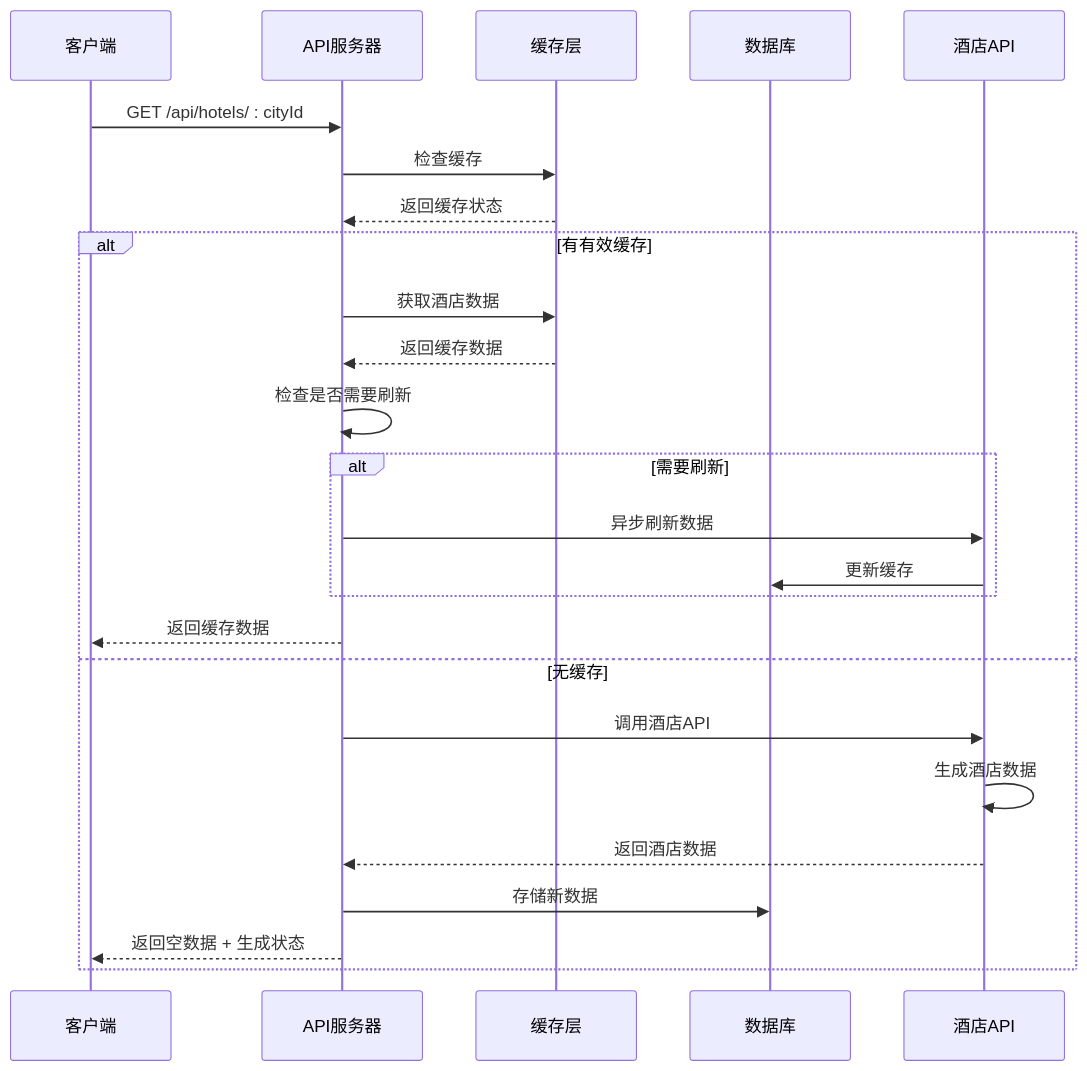
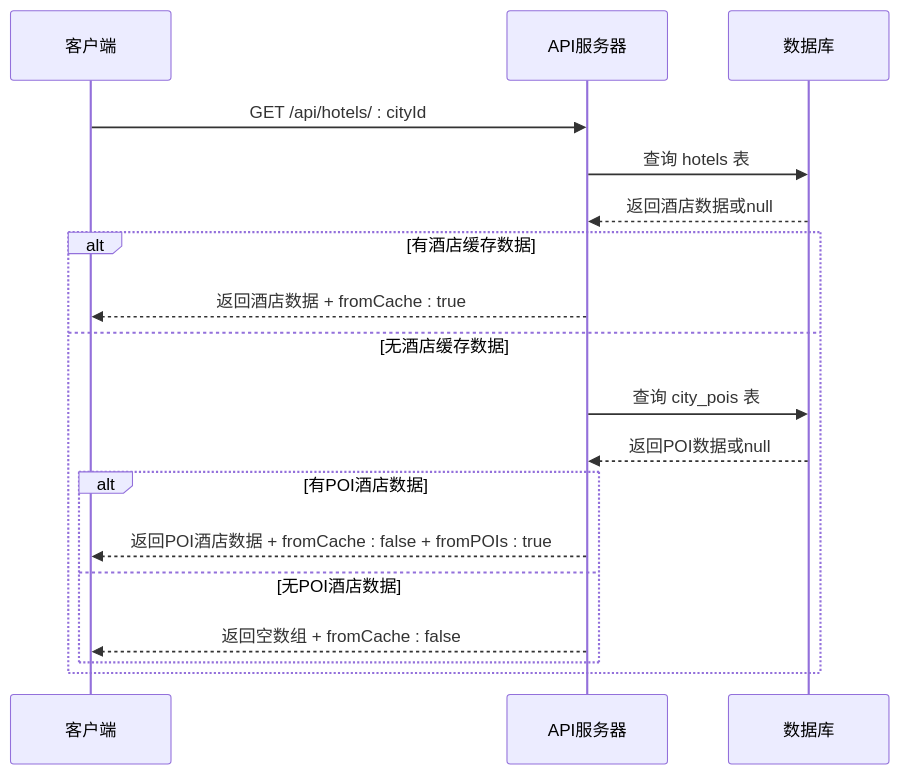
The second of 5 diagrams in .qoder/repowiki/zh/content/后端API架构/API端点设计/酒店数据接口.md (ititjjy/AITrip-plan), drawn with Mermaid before and after one commit. The commit also changed other lines of this file and 144 other files, not shown here.

````diff
--- a/.qoder/repowiki/zh/content/后端API架构/API端点设计/酒店数据接口.md
+++ b/.qoder/repowiki/zh/content/后端API架构/API端点设计/酒店数据接口.md
@@ -117,27 +114,20 @@
 ```mermaid
 sequenceDiagram
 participant Client as 客户端
 participant API as API服务器
-participant Cache as 缓存层
 participant DB as 数据库
-participant HotelAPI as 酒店API
 Client->>API : GET /api/hotels/ : cityId
-API->>Cache : 检查缓存
-Cache-->>API : 返回缓存状态
-alt 有有效缓存
-API->>Cache : 获取酒店数据
-Cache-->>API : 返回缓存数据
-API->>API : 检查是否需要刷新
-alt 需要刷新
-API->>HotelAPI : 异步刷新数据
-HotelAPI->>DB : 更新缓存
+API->>DB : 查询 hotels 表
+DB-->>API : 返回酒店数据或null
+alt 有酒店缓存数据
+API-->>Client : 返回酒店数据 + fromCache : true
+else 无酒店缓存数据
+API->>DB : 查询 city_pois 表
+DB-->>API : 返回POI数据或null
+alt 有POI酒店数据
+API-->>Client : 返回POI酒店数据 + fromCache : false + fromPOIs : true
+else 无POI酒店数据
+API-->>Client : 返回空数组 + fromCache : false
 end
-API-->>Client : 返回缓存数据
-else 无缓存
-API->>HotelAPI : 调用酒店API
-HotelAPI->>HotelAPI : 生成酒店数据
-HotelAPI-->>API : 返回酒店数据
-API->>DB : 存储新数据
-API-->>Client : 返回空数据 + 生成状态
 end
 ```
````
